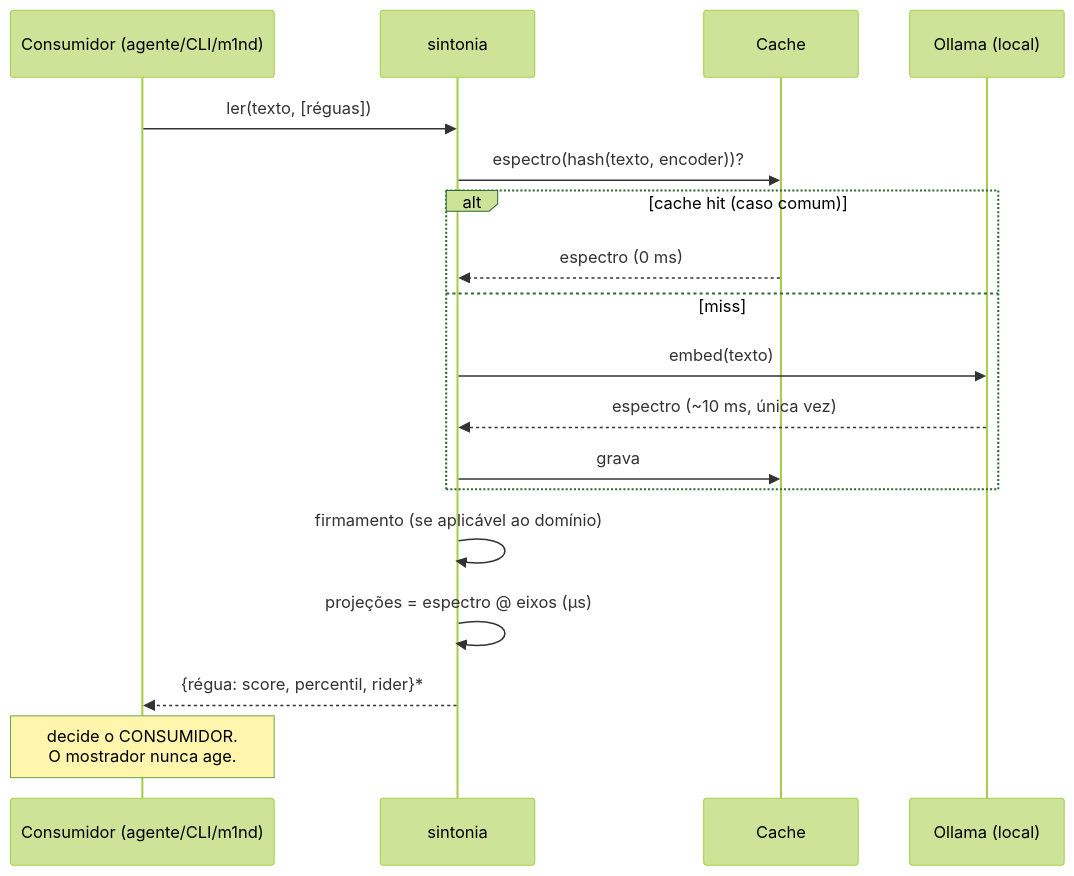
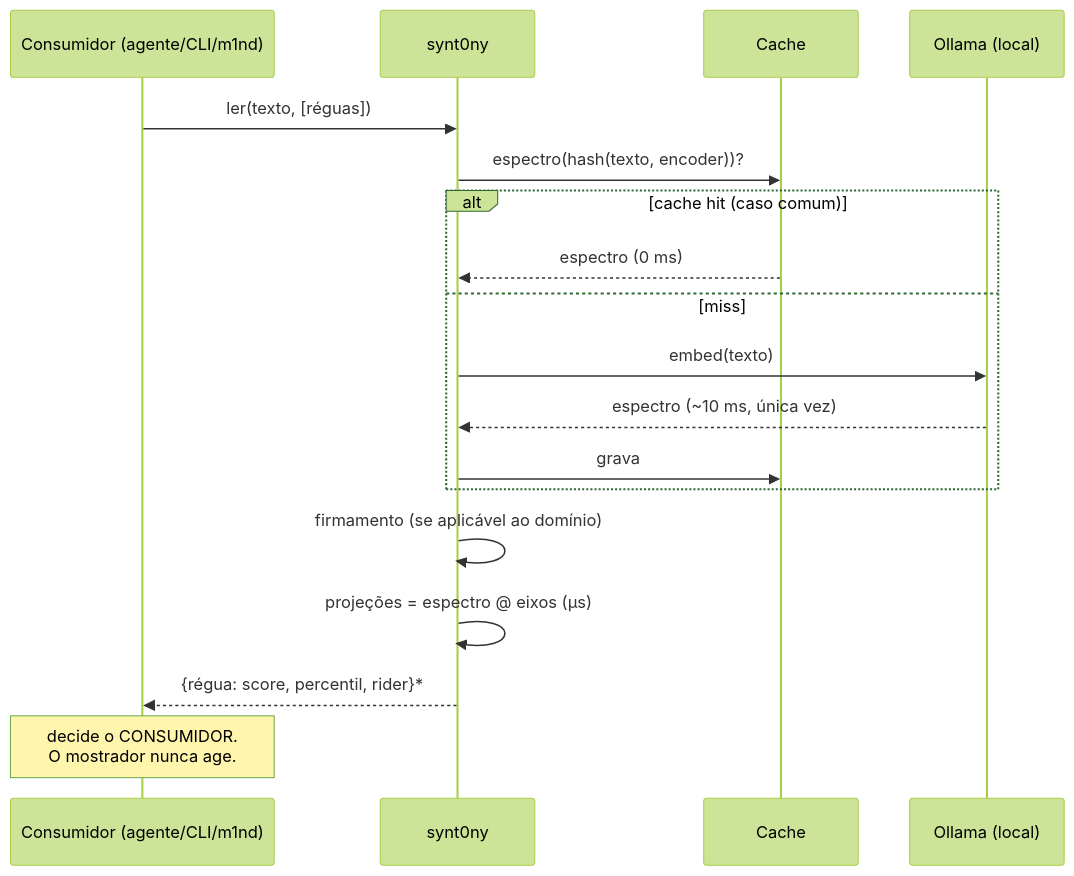
Before and after one commit to maxkle1nz/synt0ny: the second of 4 diagrams in docs/UML.md, drawn with Mermaid (forest theme). The commit also changed other lines of this file and 6 other files, not shown here.

First line of the commit message:
Rename: sintonia becomes synt0ny

````diff
--- a/docs/UML.md
+++ b/docs/UML.md
@@ -37,20 +37,20 @@
 ```mermaid
 sequenceDiagram
     participant C as Consumidor (agente/CLI/m1nd)
-    participant S as sintonia
+    participant S as synt0ny
     participant K as Cache
     participant O as Ollama (local)
     C->>S: ler(texto, [réguas])
     S->>K: espectro(hash(texto, encoder))?
     alt cache hit (caso comum)
         K-->>S: espectro (0 ms)
     else miss
         S->>O: embed(texto)
         O-->>S: espectro (~10 ms, única vez)
         S->>K: grava
     end
     S->>S: firmamento (se aplicável ao domínio)
     S->>S: projeções = espectro @ eixos (µs)
     S-->>C: {régua: score, percentil, rider}*
     Note over C: decide o CONSUMIDOR.<br/>O mostrador nunca age.
 ```
````
